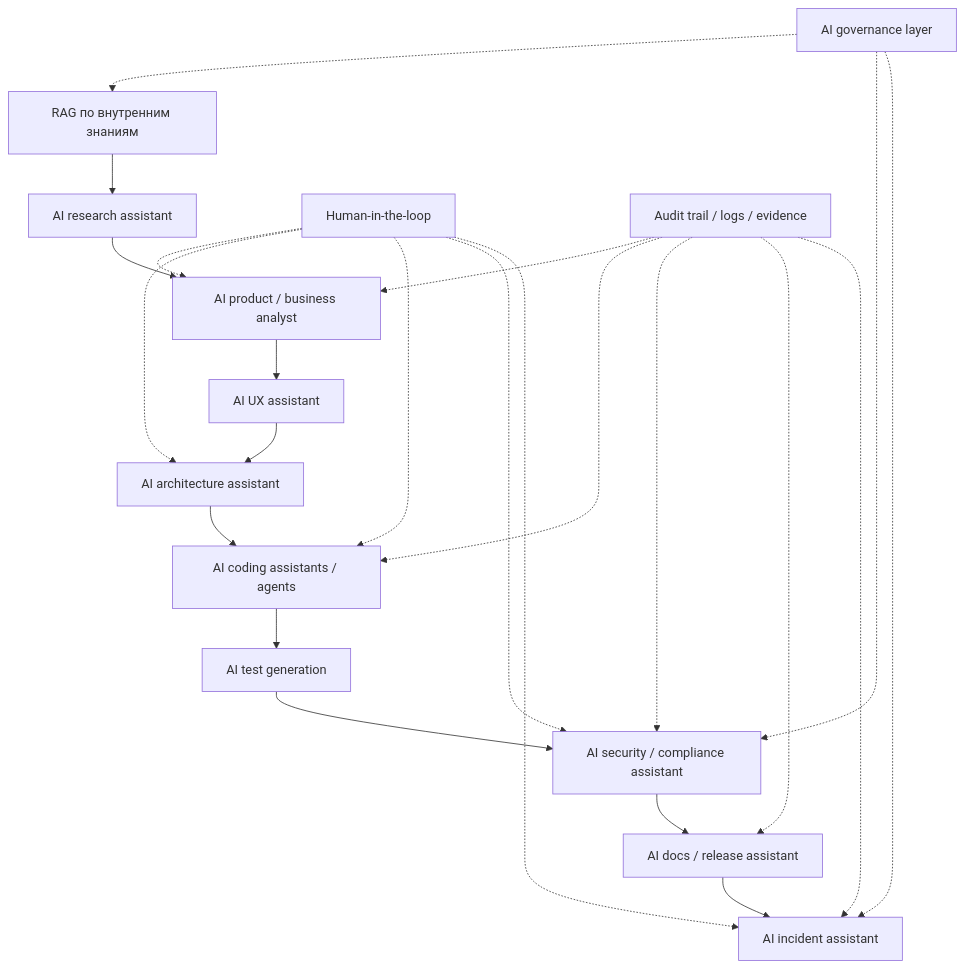
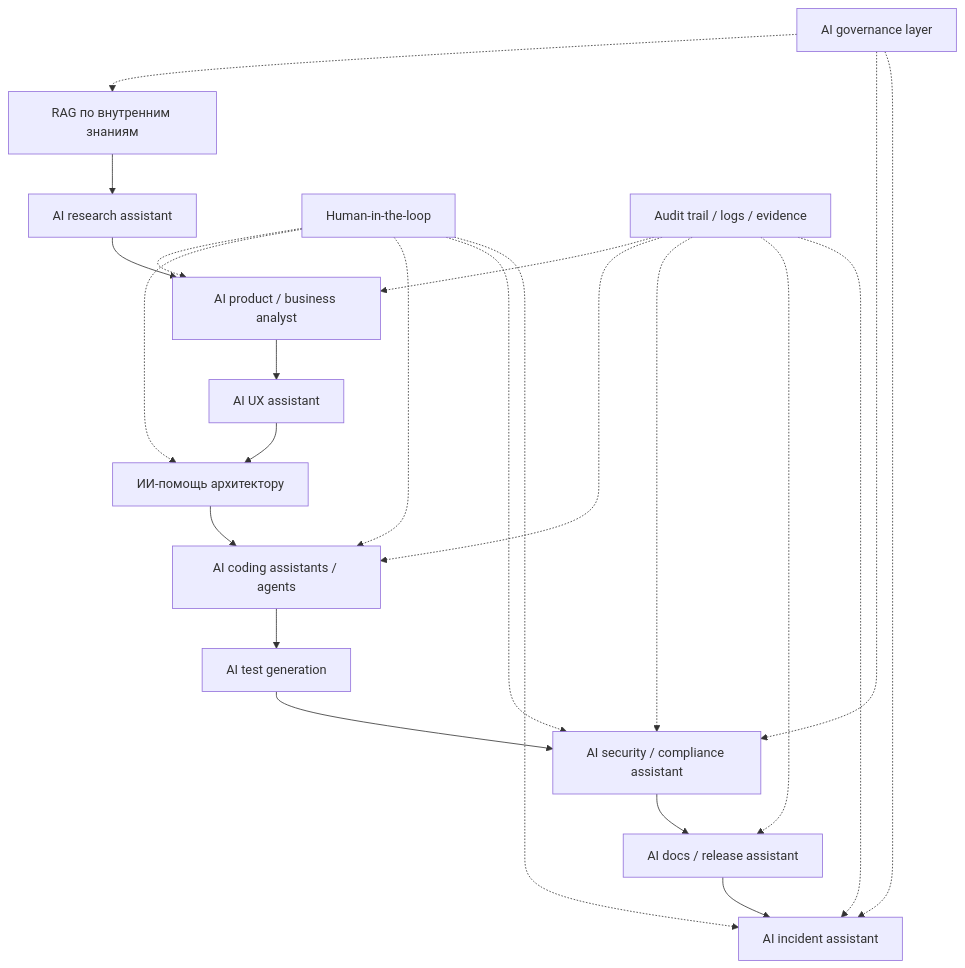
One commit to RussianLioN/datacanvas changed the fourth of 4 diagrams in docs/process/methodology/ai-enabled-software-development-process-research.md. Above: the diagram before and after it, drawn with Mermaid. The commit also changed other lines of this file and 10 other files, not shown here.

````diff
--- a/docs/process/methodology/ai-enabled-software-development-process-research.md
+++ b/docs/process/methodology/ai-enabled-software-development-process-research.md
@@ -203,28 +209,28 @@
 ```mermaid
 flowchart TD
     A[RAG по внутренним знаниям] --> B[AI research assistant]
     B --> C[AI product / business analyst]
     C --> D[AI UX assistant]
-    D --> E[AI architecture assistant]
+    D --> E[ИИ-помощь архитектору]
     E --> F[AI coding assistants / agents]
     F --> G[AI test generation]
     G --> H[AI security / compliance assistant]
     H --> I[AI docs / release assistant]
     I --> J[AI incident assistant]
 
     HITL[Human-in-the-loop] -.-> C
     HITL -.-> E
     HITL -.-> F
     HITL -.-> H
     HITL -.-> J
 
     GOV[AI governance layer] -.-> A
     GOV -.-> H
     GOV -.-> J
 
     AUDIT[Audit trail / logs / evidence] -.-> C
     AUDIT -.-> F
     AUDIT -.-> H
     AUDIT -.-> I
     AUDIT -.-> J
 ```
````
